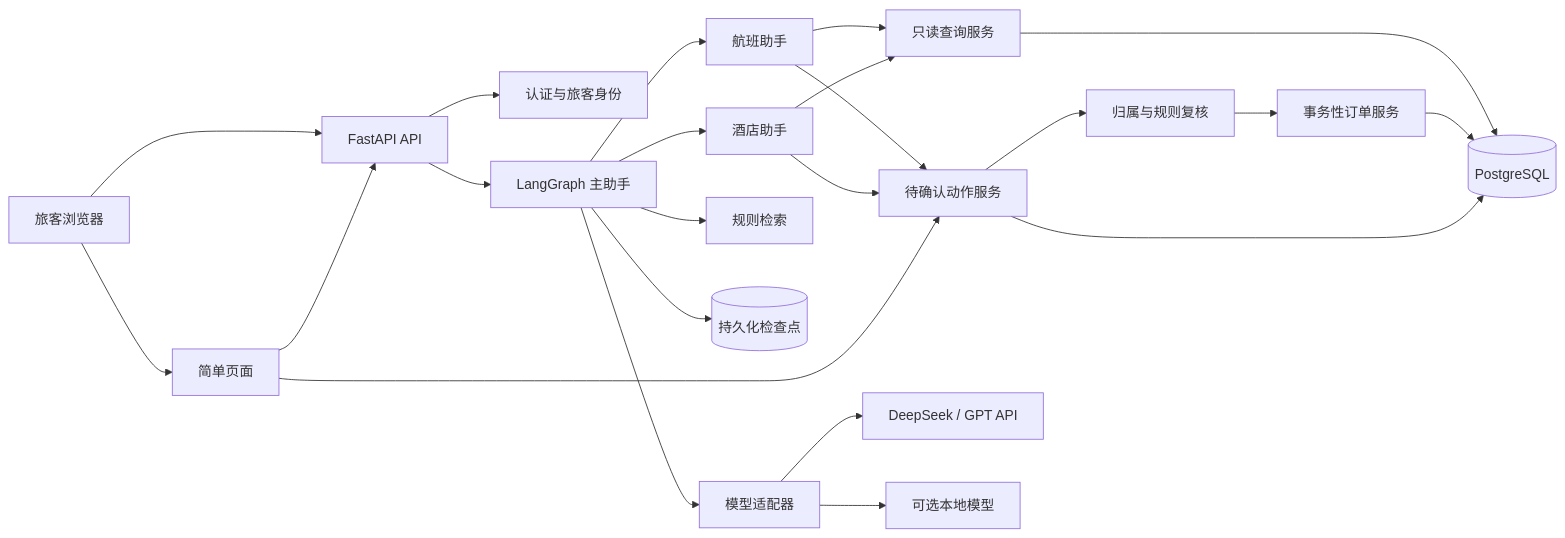
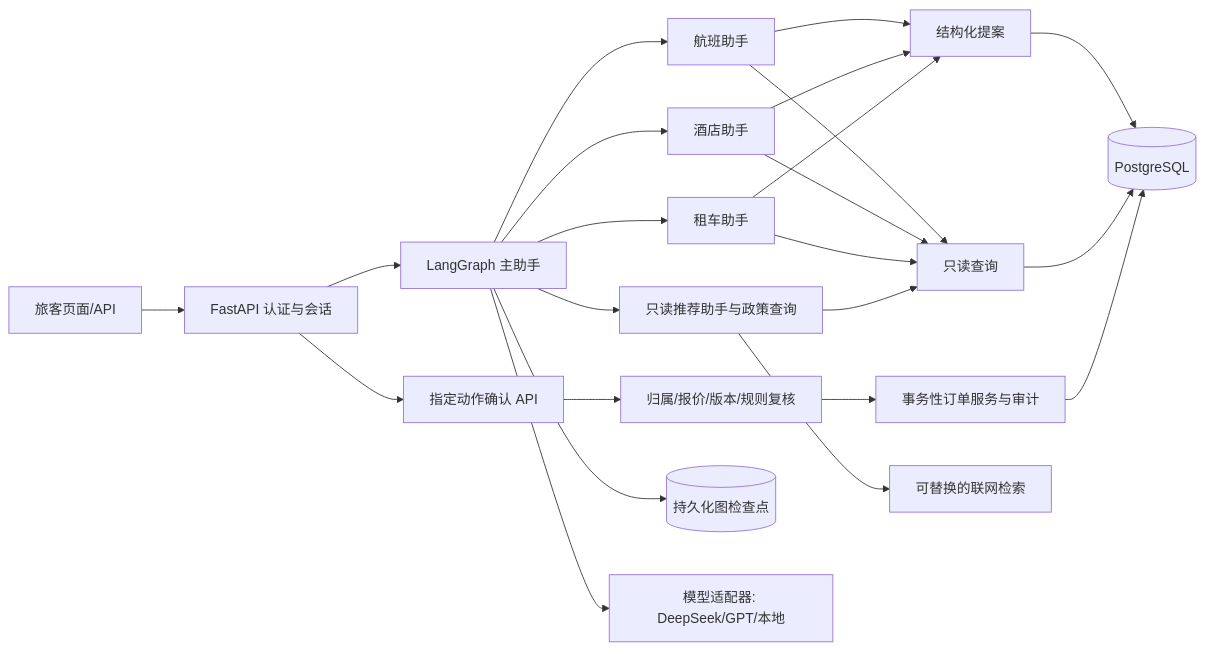
Before and after one commit to kling-feel/Travel-Assistant: the diagram in docs/enterprise/软件架构.md, drawn with Mermaid. The commit also changed other lines of this file and 161 other files, not shown here.

````diff
--- a/docs/enterprise/软件架构.md
+++ b/docs/enterprise/软件架构.md
@@ -26,25 +13,25 @@
 ```mermaid
 flowchart LR
-    U[旅客浏览器] --> W[简单页面]
-    U --> A[FastAPI API]
-    W --> A
-    A --> I[认证与旅客身份]
+    U[旅客页面/API] --> A[FastAPI 认证与会话]
     A --> G[LangGraph 主助手]
     G --> F[航班助手]
     G --> H[酒店助手]
-    G --> R[规则检索]
-    F --> Q[只读查询服务]
+    G --> C[租车助手]
+    G --> R[只读推荐助手与政策查询]
+    F --> Q[只读查询]
     H --> Q
-    F --> P[待确认动作服务]
+    C --> Q
+    R --> Q
+    F --> P[结构化提案]
     H --> P
-    W --> P
-    P --> V[归属与规则复核]
-    V --> T[事务性订单服务]
-    Q --> DB[(PostgreSQL)]
+    C --> P
+    P --> DB[(PostgreSQL)]
+    Q --> DB
+    A --> X[指定动作确认 API]
+    X --> V[归属/报价/版本/规则复核]
+    V --> T[事务性订单服务与审计]
     T --> DB
-    P --> DB
-    G --> CP[(持久化检查点)]
-    G --> M[模型适配器]
-    M --> C[DeepSeek / GPT API]
-    M --> L[可选本地模型]
+    G --> CP[(持久化图检查点)]
+    G --> M[模型适配器: DeepSeek/GPT/本地]
+    R --> S[可替换的联网检索]
 ```
````
